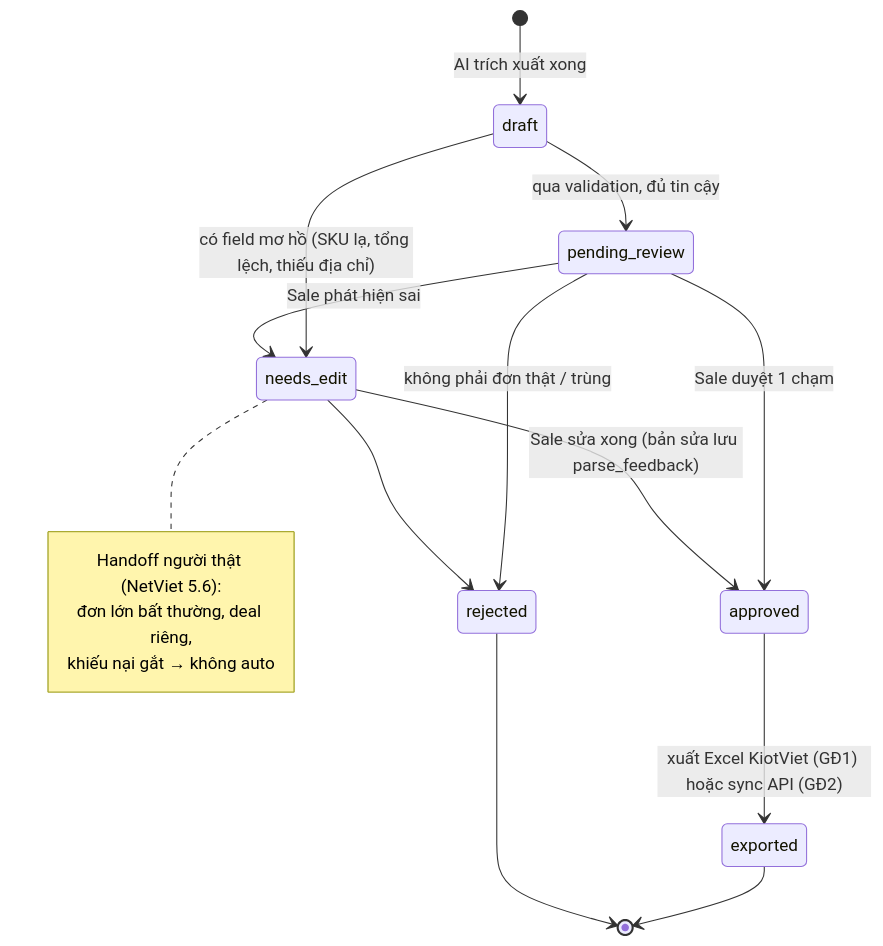
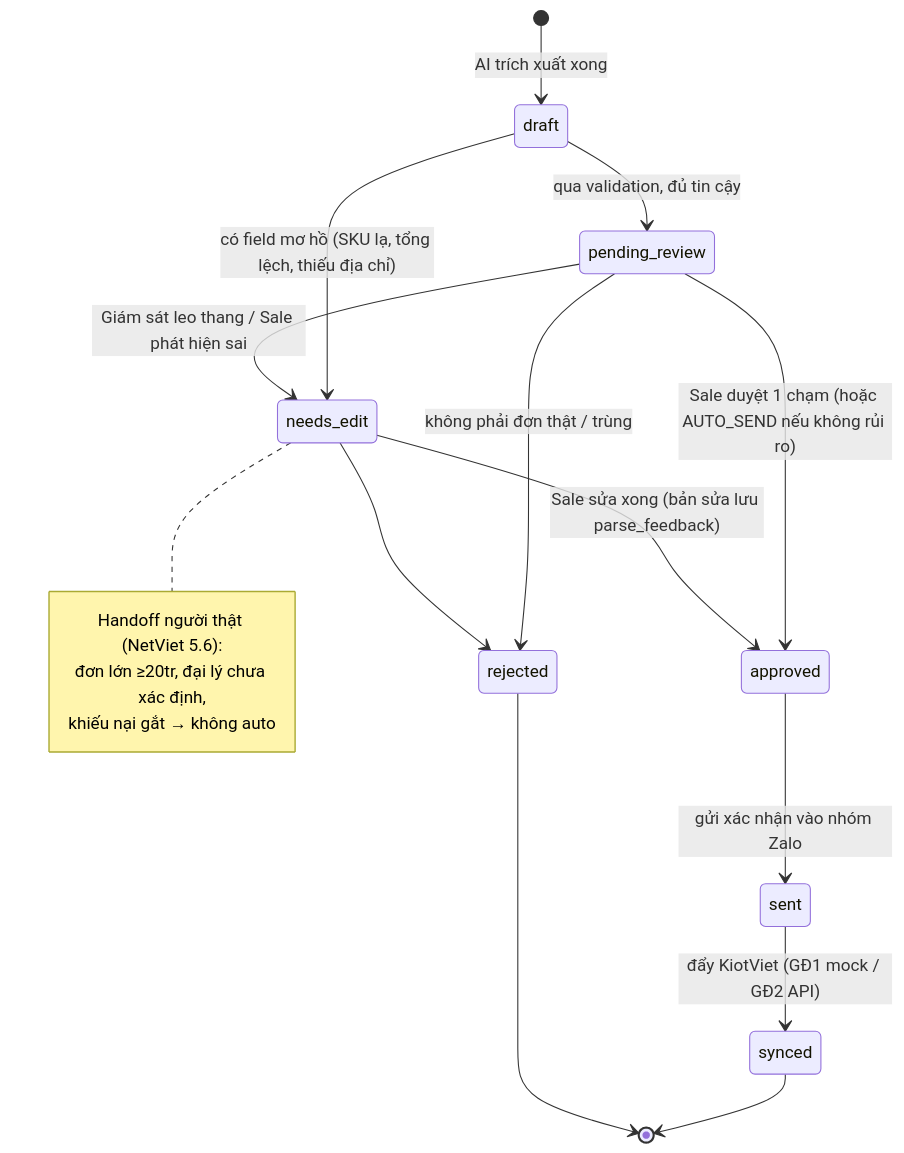
Before and after one commit to phungtienviet14-sketch/nexagnet-platform: the fourth of 8 diagrams in docs/so-do-he-thong.md, drawn with Mermaid. The commit also changed other lines of this file and 8 other files, not shown here.

````diff
--- a/docs/so-do-he-thong.md
+++ b/docs/so-do-he-thong.md
@@ -137,20 +140,21 @@
 ```mermaid
 stateDiagram-v2
     [*] --> draft: AI trích xuất xong
     draft --> pending_review: qua validation, đủ tin cậy
     draft --> needs_edit: có field mơ hồ (SKU lạ, tổng lệch, thiếu địa chỉ)
-    pending_review --> approved: Sale duyệt 1 chạm
-    pending_review --> needs_edit: Sale phát hiện sai
+    pending_review --> needs_edit: Giám sát leo thang / Sale phát hiện sai
+    pending_review --> approved: Sale duyệt 1 chạm (hoặc AUTO_SEND nếu không rủi ro)
     needs_edit --> approved: Sale sửa xong (bản sửa lưu parse_feedback)
     pending_review --> rejected: không phải đơn thật / trùng
     needs_edit --> rejected
-    approved --> exported: xuất Excel KiotViet (GĐ1) hoặc sync API (GĐ2)
-    exported --> [*]
+    approved --> sent: gửi xác nhận vào nhóm Zalo
+    sent --> synced: đẩy KiotViet (GĐ1 mock / GĐ2 API)
+    synced --> [*]
     rejected --> [*]
 
     note right of needs_edit
         Handoff người thật (NetViet 5.6):
-        đơn lớn bất thường, deal riêng,
+        đơn lớn ≥20tr, đại lý chưa xác định,
         khiếu nại gắt → không auto
     end note
 ```
````
